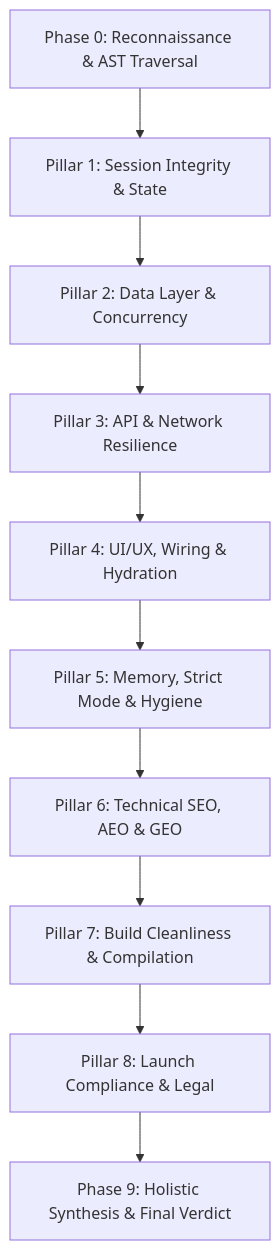
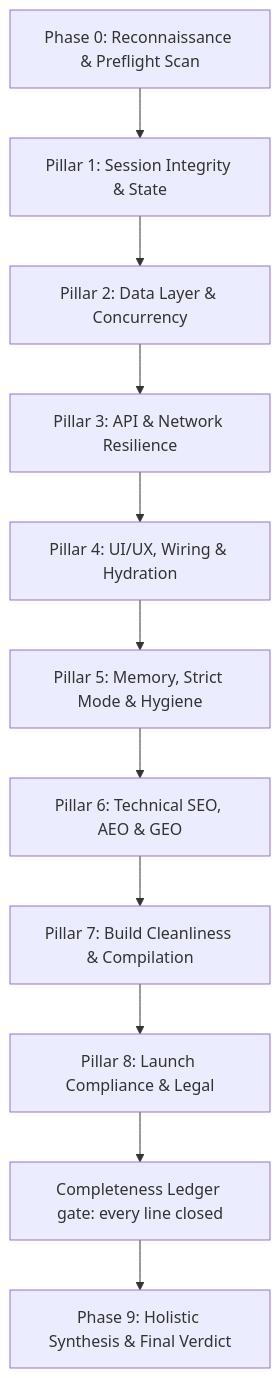
One commit to Kryptopacy/pacy-codebase-auditor changed the diagram in skills/developer-pay-handoff-simulator/SKILL.md. Above: the diagram before and after it, drawn with Mermaid. The commit also changed other lines of this file and 7 other files, not shown here.

````diff
--- a/skills/developer-pay-handoff-simulator/SKILL.md
+++ b/skills/developer-pay-handoff-simulator/SKILL.md
@@ -19,12 +19,13 @@
 ```mermaid
 graph TD
-    S0[Phase 0: Reconnaissance & AST Traversal] --> P1[Pillar 1: Session Integrity & State]
-    P1 --> P2[Pillar 2: Data Layer & Concurrency]
-    P2 --> P3[Pillar 3: API & Network Resilience]
-    P3 --> P4[Pillar 4: UI/UX, Wiring & Hydration]
-    P4 --> P5[Pillar 5: Memory, Strict Mode & Hygiene]
-    P5 --> P6[Pillar 6: Technical SEO, AEO & GEO]
-    P6 --> P7[Pillar 7: Build Cleanliness & Compilation]
-    P7 --> P8[Pillar 8: Launch Compliance & Legal]
-    P8 --> FS[Phase 9: Holistic Synthesis & Final Verdict]
+    S0["Phase 0: Reconnaissance & Preflight Scan"] --> P1["Pillar 1: Session Integrity & State"]
+    P1 --> P2["Pillar 2: Data Layer & Concurrency"]
+    P2 --> P3["Pillar 3: API & Network Resilience"]
+    P3 --> P4["Pillar 4: UI/UX, Wiring & Hydration"]
+    P4 --> P5["Pillar 5: Memory, Strict Mode & Hygiene"]
+    P5 --> P6["Pillar 6: Technical SEO, AEO & GEO"]
+    P6 --> P7["Pillar 7: Build Cleanliness & Compilation"]
+    P7 --> P8["Pillar 8: Launch Compliance & Legal"]
+    P8 --> L["Completeness Ledger gate: every line closed"]
+    L --> FS["Phase 9: Holistic Synthesis & Final Verdict"]
 ```
````
